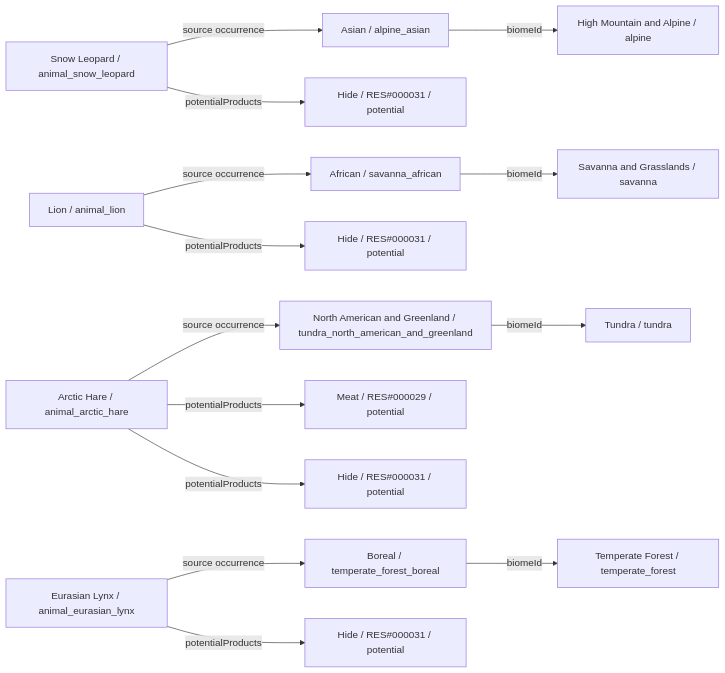
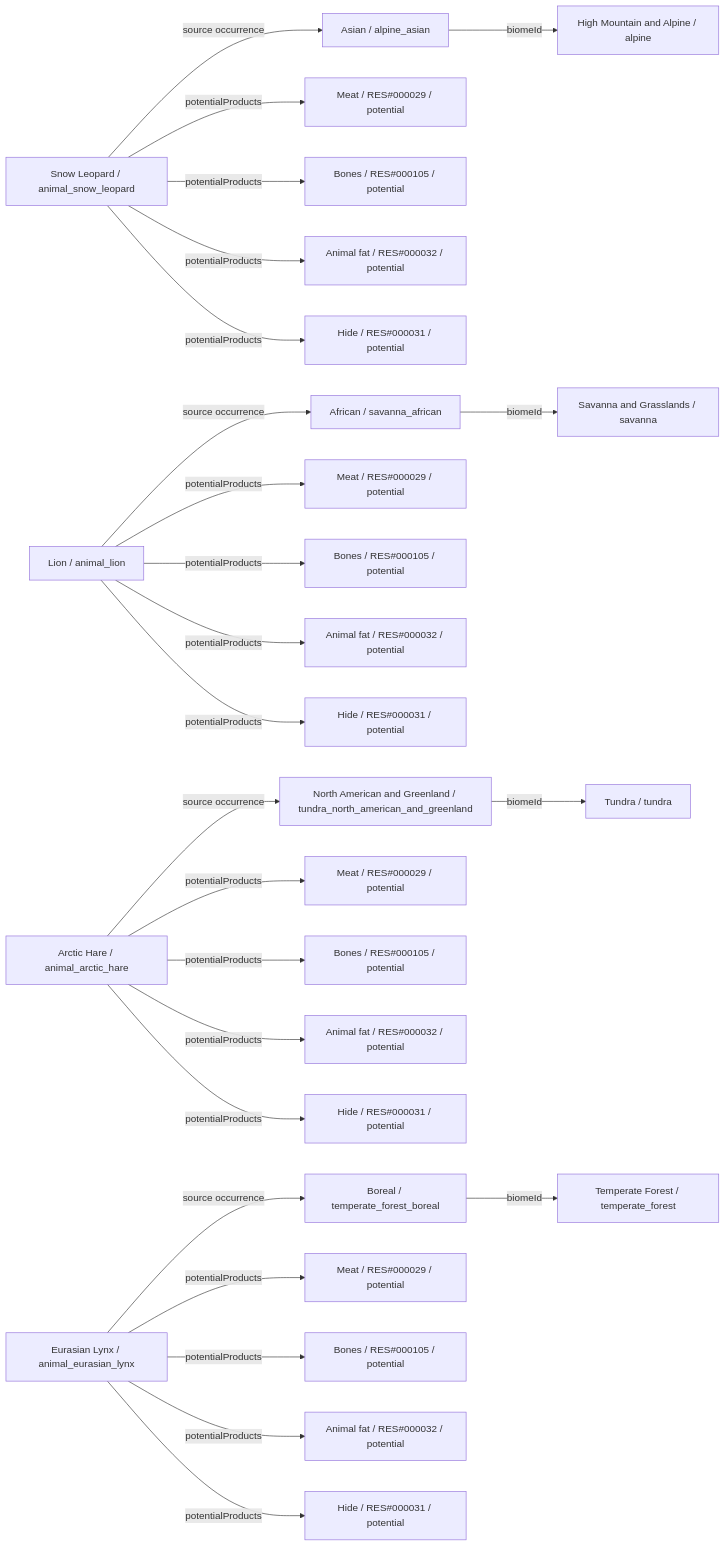
Diagram 14 of 26 in data/animals/DIAGRAMS.md (fgabo404/EvolveDoc), drawn with Mermaid before and after one commit. The commit also changed other lines of this file and 44 other files, not shown here.

````diff
--- a/data/animals/DIAGRAMS.md
+++ b/data/animals/DIAGRAMS.md
@@ -712,33 +1010,55 @@
 ```mermaid
 flowchart LR
     c0["Snow Leopard / animal_snow_leopard"]
     v24["Asian / alpine_asian"]
     b6["High Mountain and Alpine / alpine"]
-    o0_0["Hide / RES#000031 / potential"]
+    o0_0["Meat / RES#000029 / potential"]
+    o0_1["Bones / RES#000105 / potential"]
+    o0_2["Animal fat / RES#000032 / potential"]
+    o0_3["Hide / RES#000031 / potential"]
     c1["Lion / animal_lion"]
     v11["African / savanna_african"]
     b3["Savanna and Grasslands / savanna"]
-    o1_0["Hide / RES#000031 / potential"]
+    o1_0["Meat / RES#000029 / potential"]
+    o1_1["Bones / RES#000105 / potential"]
+    o1_2["Animal fat / RES#000032 / potential"]
+    o1_3["Hide / RES#000031 / potential"]
     c2["Arctic Hare / animal_arctic_hare"]
     v8["North American and Greenland / tundra_north_american_and_greenland"]
     b2["Tundra / tundra"]
     o2_0["Meat / RES#000029 / potential"]
-    o2_1["Hide / RES#000031 / potential"]
+    o2_1["Bones / RES#000105 / potential"]
+    o2_2["Animal fat / RES#000032 / potential"]
+    o2_3["Hide / RES#000031 / potential"]
     c3["Eurasian Lynx / animal_eurasian_lynx"]
     v7["Boreal / temperate_forest_boreal"]
     b1["Temperate Forest / temperate_forest"]
-    o3_0["Hide / RES#000031 / potential"]
+    o3_0["Meat / RES#000029 / potential"]
+    o3_1["Bones / RES#000105 / potential"]
+    o3_2["Animal fat / RES#000032 / potential"]
+    o3_3["Hide / RES#000031 / potential"]
     c0 -->|potentialProducts| o0_0
+    c0 -->|potentialProducts| o0_1
+    c0 -->|potentialProducts| o0_2
+    c0 -->|potentialProducts| o0_3
     c0 -->|source occurrence| v24
     c1 -->|potentialProducts| o1_0
+    c1 -->|potentialProducts| o1_1
+    c1 -->|potentialProducts| o1_2
+    c1 -->|potentialProducts| o1_3
     c1 -->|source occurrence| v11
     c2 -->|potentialProducts| o2_0
     c2 -->|potentialProducts| o2_1
+    c2 -->|potentialProducts| o2_2
+    c2 -->|potentialProducts| o2_3
     c2 -->|source occurrence| v8
     c3 -->|potentialProducts| o3_0
+    c3 -->|potentialProducts| o3_1
+    c3 -->|potentialProducts| o3_2
+    c3 -->|potentialProducts| o3_3
     c3 -->|source occurrence| v7
     v11 -->|biomeId| b3
     v24 -->|biomeId| b6
     v7 -->|biomeId| b1
     v8 -->|biomeId| b2
 ```
````
